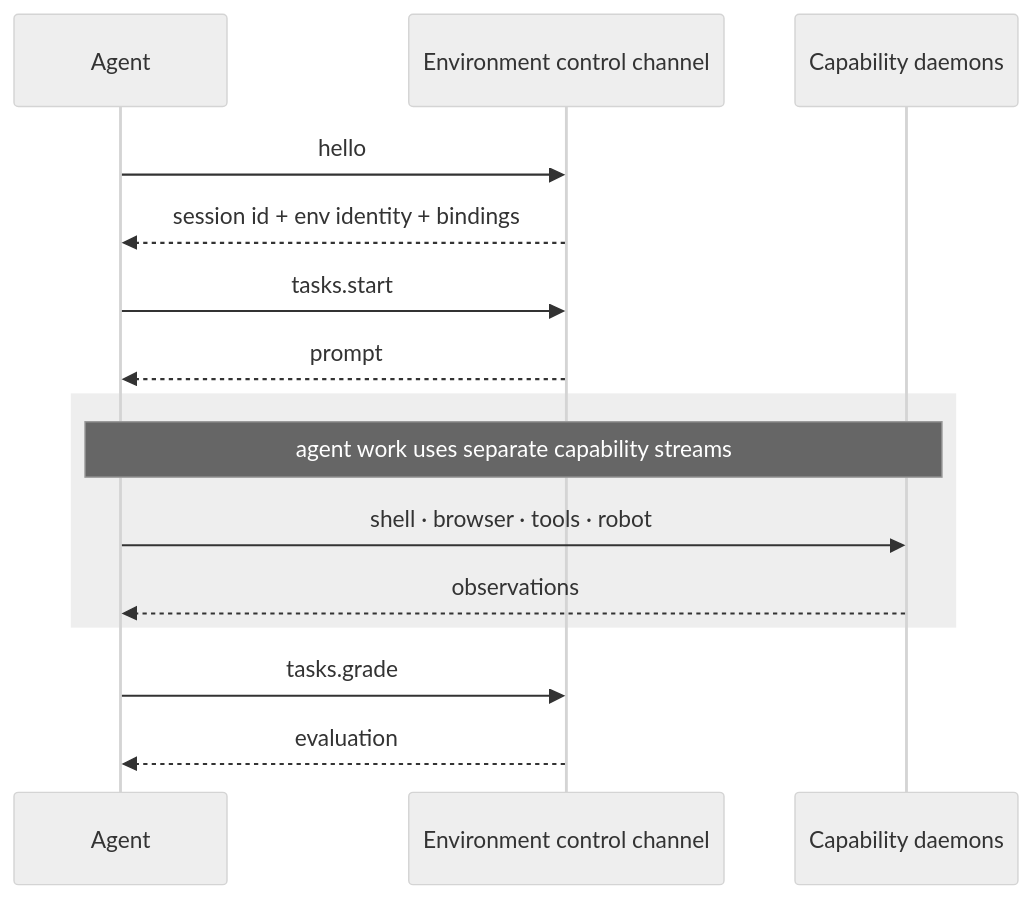
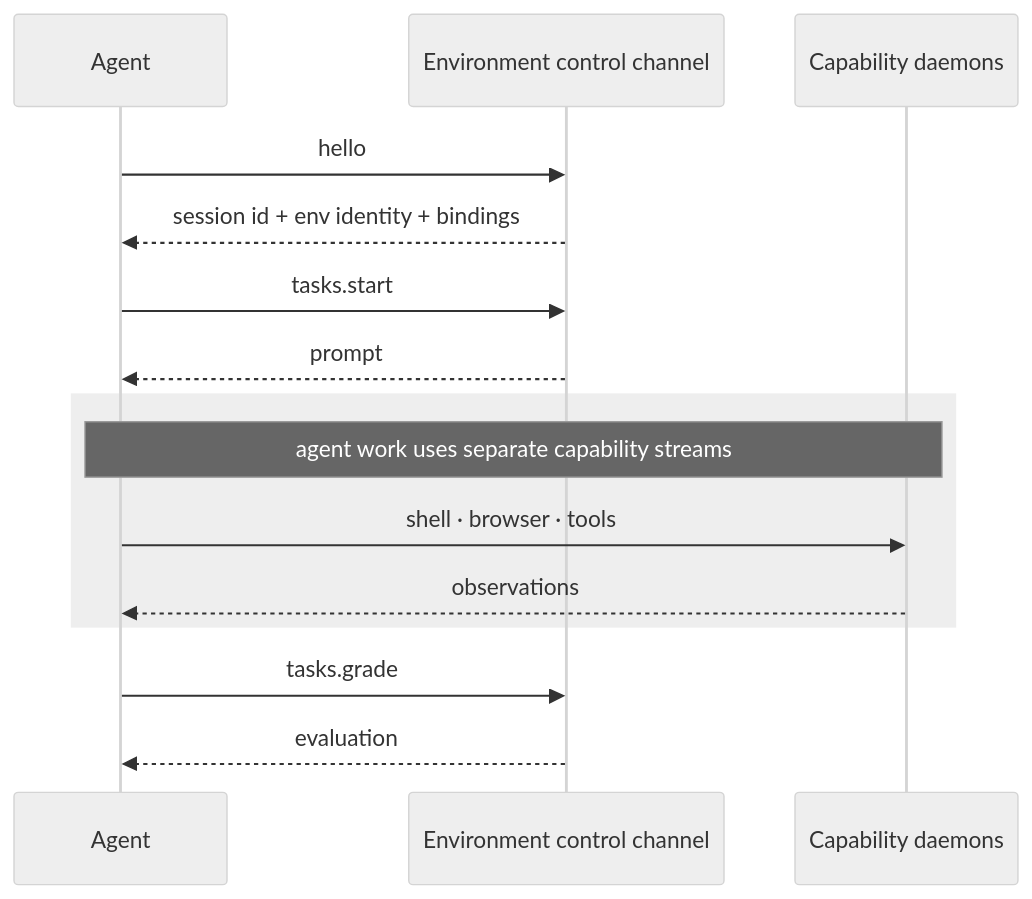
The first of 2 diagrams in docs/v6/internals/control-channel.mdx (hud-evals/hud-python), drawn with Mermaid (neutral theme) before and after one commit. The commit also changed other lines of this file and 65 other files, not shown here.

````diff
--- a/docs/v6/internals/control-channel.mdx
+++ b/docs/v6/internals/control-channel.mdx
@@ -31,17 +31,17 @@
 ```mermaid
 sequenceDiagram
     participant Agent
     participant Env as Environment control channel
     participant Caps as Capability daemons
     Agent->>Env: hello
     Env-->>Agent: session id + env identity + bindings
     Agent->>Env: tasks.start
     Env-->>Agent: prompt
     rect rgb(238,238,238)
     Note over Agent,Caps: agent work uses separate capability streams
-    Agent->>Caps: shell · browser · tools · robot
+    Agent->>Caps: shell · browser · tools
     Caps-->>Agent: observations
     end
     Agent->>Env: tasks.grade
     Env-->>Agent: evaluation
 ```
````
